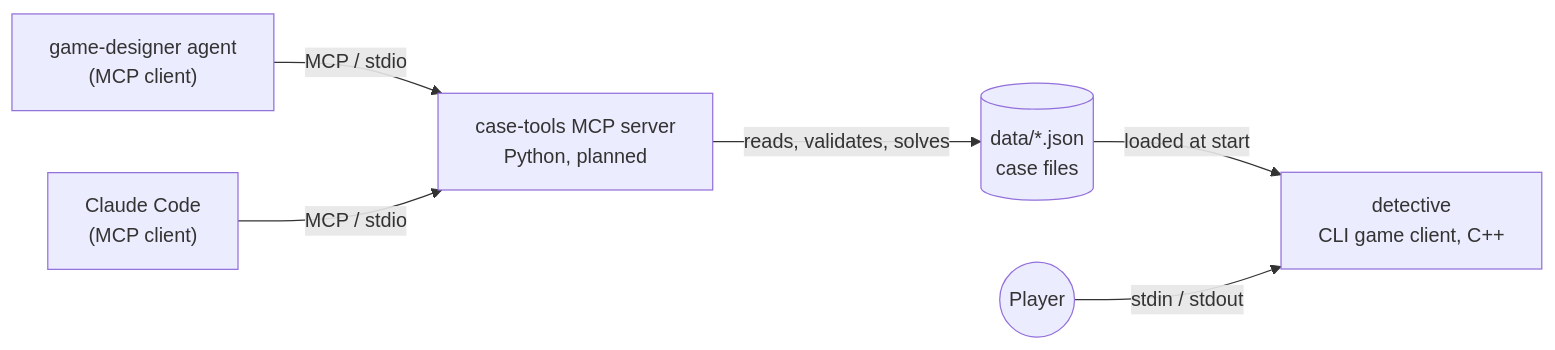
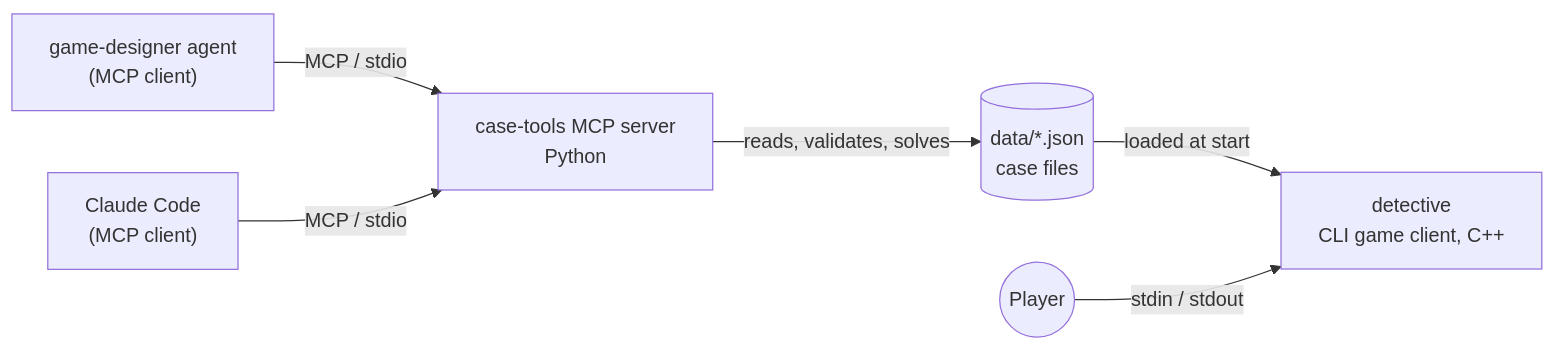
The diagram in README.md (dkoleev/cold-trail), drawn with Mermaid before and after one commit. The commit also changed other lines of this file and 3 other files, not shown here.

Commit message:
docs: register case-tools MCP server, update agents and docs

````diff
--- a/README.md
+++ b/README.md
@@ -76,8 +98,8 @@
 ```mermaid
 flowchart LR
     Designer["game-designer agent<br/>(MCP client)"] -- "MCP / stdio" --> Server
     Claude["Claude Code<br/>(MCP client)"] -- "MCP / stdio" --> Server
-    Server["case-tools MCP server<br/>Python, planned"] -- "reads, validates, solves" --> Cases[("data/*.json<br/>case files")]
+    Server["case-tools MCP server<br/>Python"] -- "reads, validates, solves" --> Cases[("data/*.json<br/>case files")]
     Cases -- "loaded at start" --> Client["detective<br/>CLI game client, C++"]
     Player((Player)) -- "stdin / stdout" --> Client
 ```
````
